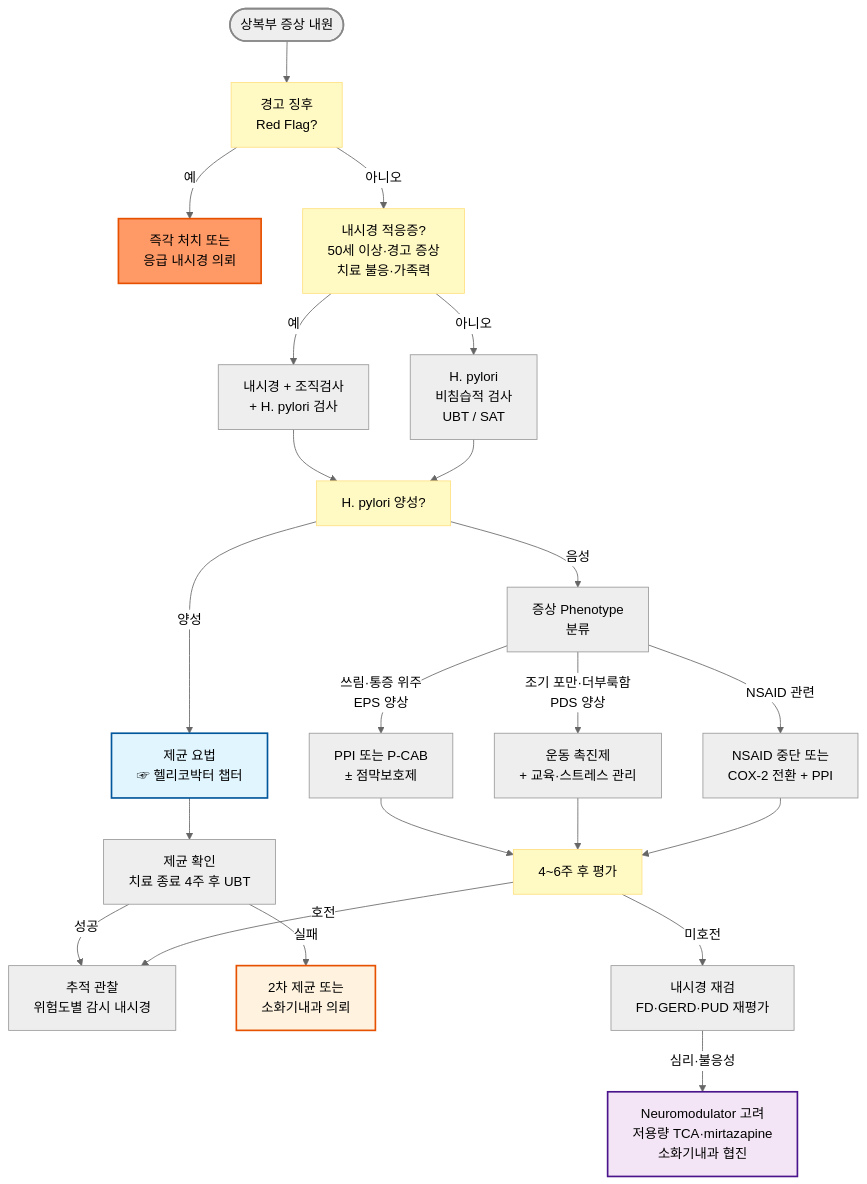
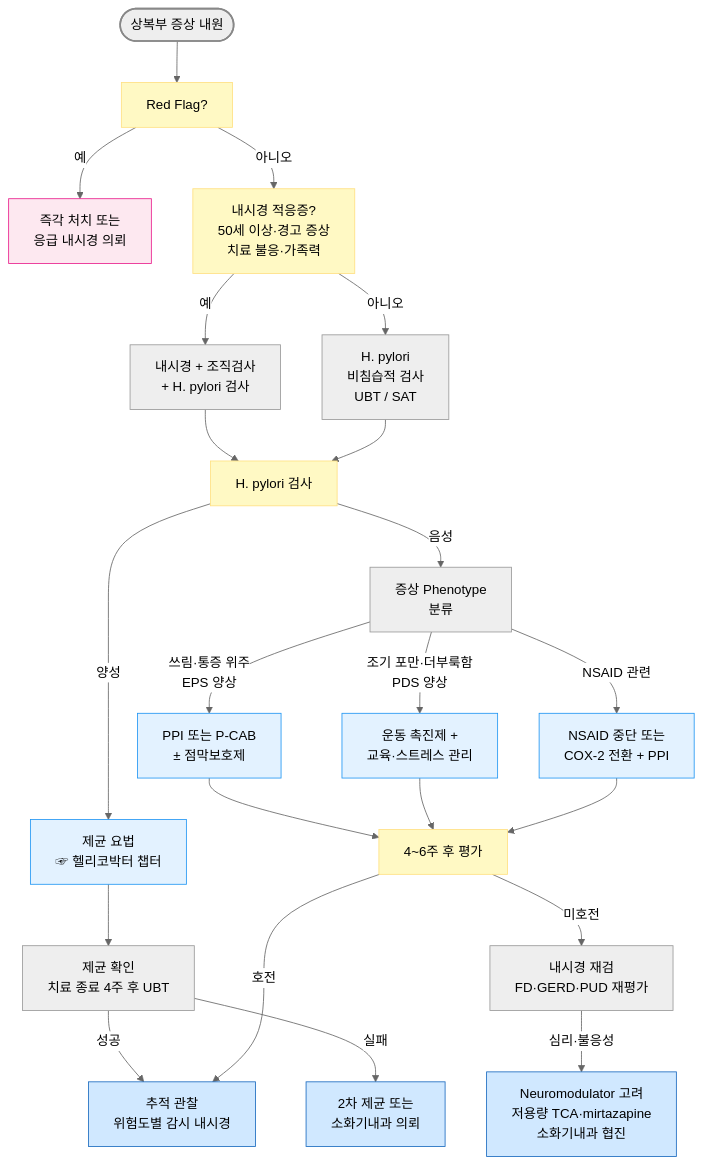
Before and after one commit to familyoh77/familyoh77: the diagram in 224_/078_-gastritis.md, drawn with Mermaid (neutral theme). The commit also changed other lines of this file and 1 other file, not shown here.

````diff
--- a/224_/078_-gastritis.md
+++ b/224_/078_-gastritis.md
@@ -215,50 +182,51 @@
 ```mermaid
 graph TD
     A([상복부 증상 내원])
-    B[경고 징후<br/>Red Flag?]
+    B[Red Flag?]
     C[즉각 처치 또는<br/>응급 내시경 의뢰]
     D[내시경 적응증?<br/>50세 이상·경고 증상<br/>치료 불응·가족력]
     E[내시경 + 조직검사<br/>+ H. pylori 검사]
     F[H. pylori<br/>비침습적 검사<br/>UBT / SAT]
-    G[H. pylori 양성?]
+    G[H. pylori 검사 ]
     H[제균 요법<br/>☞ 헬리코박터 챕터]
     I[증상 Phenotype<br/>분류]
     J[제균 확인<br/>치료 종료 4주 후 UBT]
     K[추적 관찰<br/>위험도별 감시 내시경]
     L[2차 제균 또는<br/>소화기내과 의뢰]
     M[PPI 또는 P-CAB<br/>± 점막보호제]
-    N[운동 촉진제<br/>+ 교육·스트레스 관리]
+    N[운동 촉진제 + <br/>교육·스트레스 관리]
     O[NSAID 중단 또는<br/>COX-2 전환 + PPI]
     P[4~6주 후 평가]
     Q[내시경 재검<br/>FD·GERD·PUD 재평가]
     R[Neuromodulator 고려<br/>저용량 TCA·mirtazapine<br/>소화기내과 협진]
 
     A --> B
     B -->|예| C
     B -->|아니오| D
     D -->|예| E
     D -->|아니오| F
     E --> G
     F --> G
-    G -->|양성| H
+    G ---->|양성| H
     G -->|음성| I
     H --> J
     J -->|성공| K
     J -->|실패| L
     I -->|쓰림·통증 위주<br/>EPS 양상| M
     I -->|조기 포만·더부룩함<br/>PDS 양상| N
     I -->|NSAID 관련| O
     M --> P
     N --> P
     O --> P
     P -->|호전| K
     P -->|미호전| Q
     Q -->|심리·불응성| R
 style A fill:#eeeeee,stroke:#888888,stroke-width:2px
 classDef yellow fill:#fff9c4,stroke:#ffe082
 class B,D,G,P yellow
-    style C fill:#f96,stroke:#e65100,stroke-width:2px
-    style H fill:#e1f5fe,stroke:#01579b,stroke-width:2px
-    style L fill:#fff3e0,stroke:#e65100,stroke-width:2px
-    style R fill:#f3e5f5,stroke:#4a148c,stroke-width:2px
+classDef sky fill:#e3f2ff,stroke:#2196f3
+class H,M,N,O sky
+classDef blue fill:#d0e8ff,stroke:#1a6abf
+class K,L,R blue
+    style C fill:#fde8f0,stroke:#e91e8c
 ```
````
